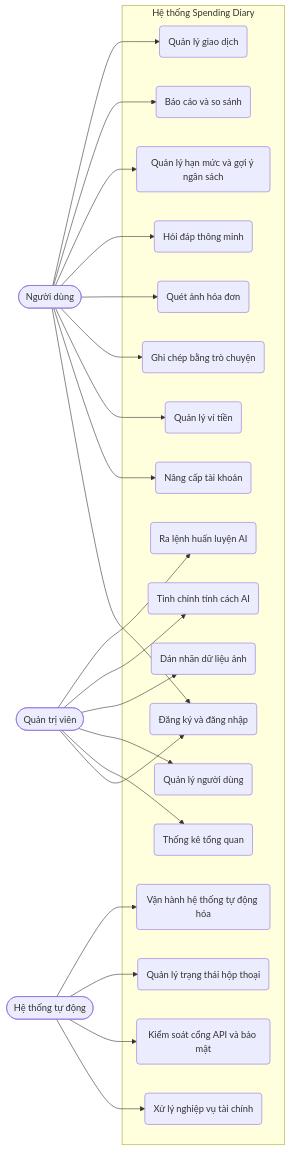
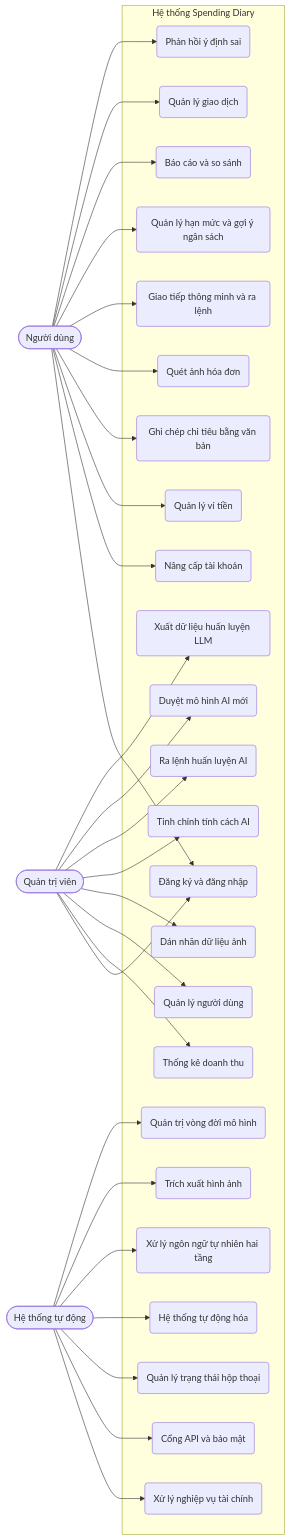
One commit to maikhang160504/spending-diary changed the second of 26 diagrams in Luan_van_Hoan_chinh.md. Above: the diagram before and after it, drawn with Mermaid. The commit also changed other lines of this file and 69 other files, not shown here.

````diff
--- a/Luan_van_Hoan_chinh.md
+++ b/Luan_van_Hoan_chinh.md
@@ -169,51 +228,63 @@
 ```mermaid
 flowchart LR
     User([Người dùng])
     Admin([Quản trị viên])
     System([Hệ thống tự động])
 
     subgraph Hệ thống Spending Diary
         UC1(Đăng ký và đăng nhập)
         UC2(Nâng cấp tài khoản)
         UC3(Quản lý ví tiền)
-        UC4(Ghi chép bằng trò chuyện)
+        UC4(Ghi chép chi tiêu bằng văn bản)
         UC5(Quét ảnh hóa đơn)
-        UC6(Hỏi đáp thông minh)
+        UC6(Giao tiếp thông minh và ra lệnh)
         UC7(Quản lý hạn mức và gợi ý ngân sách)
         UC8(Báo cáo và so sánh)
         UC14(Quản lý giao dịch)
+        UC19(Phản hồi ý định sai)
 
-        UC9(Thống kê tổng quan)
+        UC9(Thống kê doanh thu)
         UC10(Quản lý người dùng)
         UC11(Dán nhãn dữ liệu ảnh)
         UC12(Tinh chỉnh tính cách AI)
         UC13(Ra lệnh huấn luyện AI)
+        UC20(Duyệt mô hình AI mới)
+        UC21(Xuất dữ liệu huấn luyện LLM)
 
         UC15(Xử lý nghiệp vụ tài chính)
-        UC16(Kiểm soát cổng API và bảo mật)
+        UC16(Cổng API và bảo mật)
         UC17(Quản lý trạng thái hộp thoại)
-        UC18(Vận hành hệ thống tự động hóa)
+        UC18(Hệ thống tự động hóa)
+        UC22(Xử lý ngôn ngữ tự nhiên hai tầng)
+        UC23(Trích xuất hình ảnh)
+        UC24(Quản trị vòng đời mô hình)
     end
 
     User --> UC1
     User --> UC2
     User --> UC3
     User --> UC4
     User --> UC5
     User --> UC6
     User --> UC7
     User --> UC8
     User --> UC14
+    User --> UC19
 
     Admin --> UC1
     Admin --> UC9
     Admin --> UC10
     Admin --> UC11
     Admin --> UC12
     Admin --> UC13
+    Admin --> UC20
+    Admin --> UC21
 
     System --> UC15
     System --> UC16
     System --> UC17
     System --> UC18
+    System --> UC22
+    System --> UC23
+    System --> UC24
 ```
````
